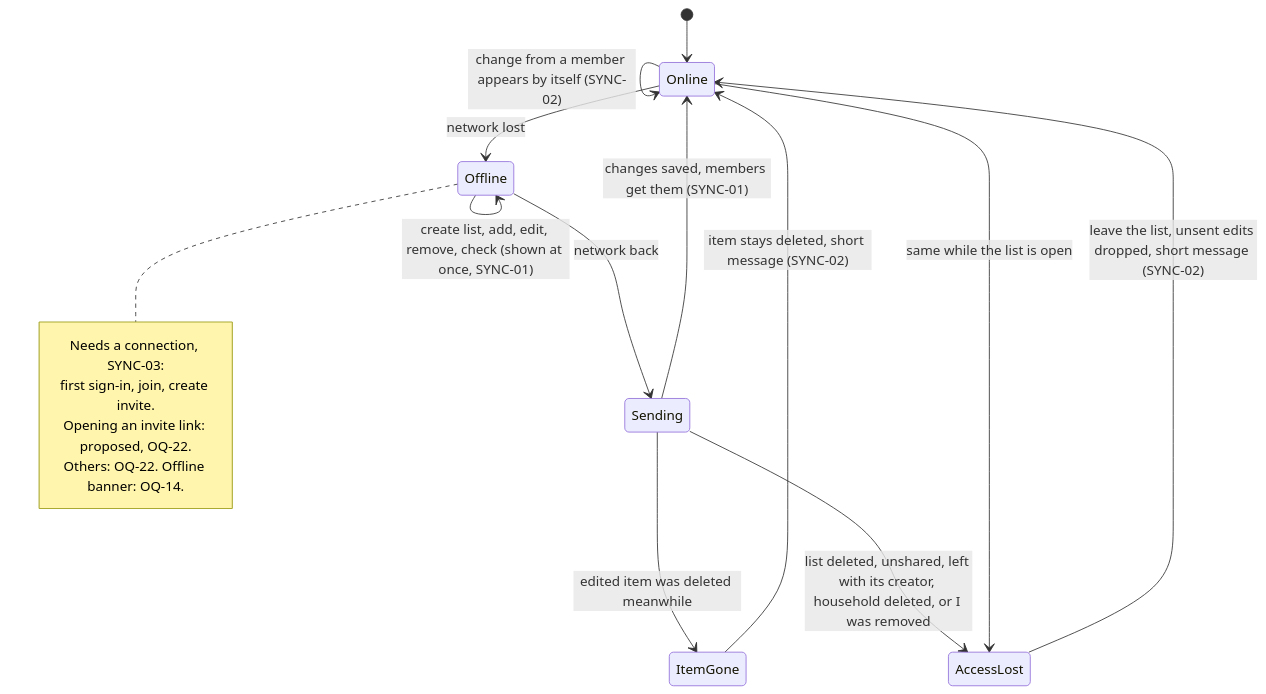
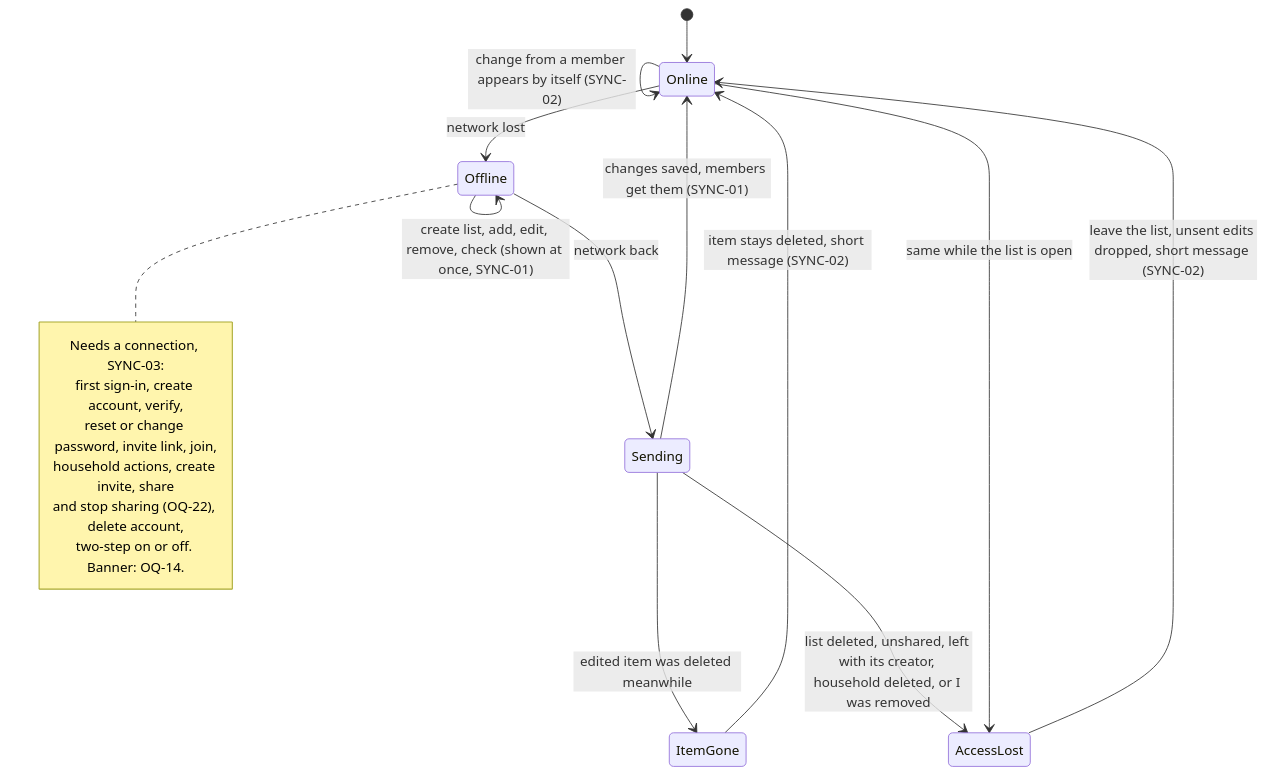
One commit to bondo/listicles2 changed the eighth of 11 diagrams in docs/product/flow.md. Above: the diagram before and after it, drawn with Mermaid. The commit also changed other lines of this file and 1 other file, not shown here.

````diff
--- a/docs/product/flow.md
+++ b/docs/product/flow.md
@@ -186,20 +220,22 @@
 ```mermaid
 stateDiagram-v2
     [*] --> Online
     Online --> Offline: network lost
     Offline --> Offline: create list, add, edit, remove, check (shown at once, SYNC-01)
     Offline --> Sending: network back
     Sending --> Online: changes saved, members get them (SYNC-01)
     Online --> Online: change from a member appears by itself (SYNC-02)
     Sending --> ItemGone: edited item was deleted meanwhile
     ItemGone --> Online: item stays deleted, short message (SYNC-02)
     Sending --> AccessLost: list deleted, unshared, left with its creator, household deleted, or I was removed
     Online --> AccessLost: same while the list is open
     AccessLost --> Online: leave the list, unsent edits dropped, short message (SYNC-02)
     note right of Offline
         Needs a connection, SYNC-03:
-        first sign-in, join, create invite.
-        Opening an invite link: proposed, OQ-22.
-        Others: OQ-22. Offline banner: OQ-14.
+        first sign-in, create account, verify,
+        reset or change password, invite link, join,
+        household actions, create invite, share
+        and stop sharing (OQ-22), delete account,
+        two-step on or off. Banner: OQ-14.
     end note
 ```
````
